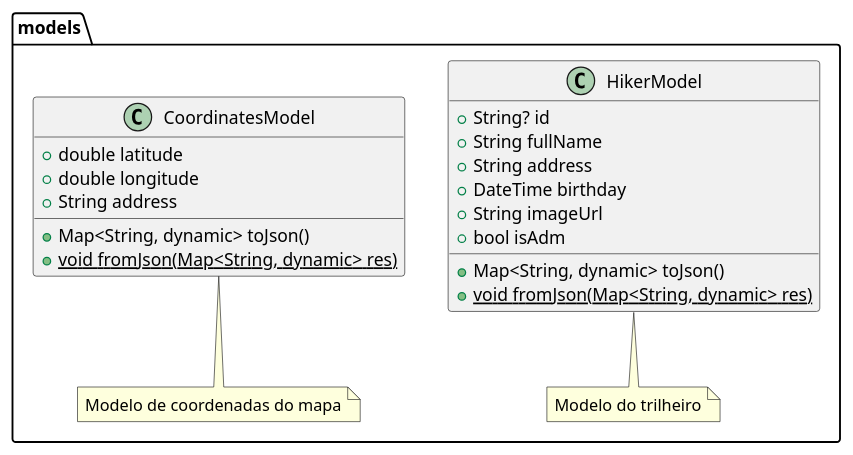
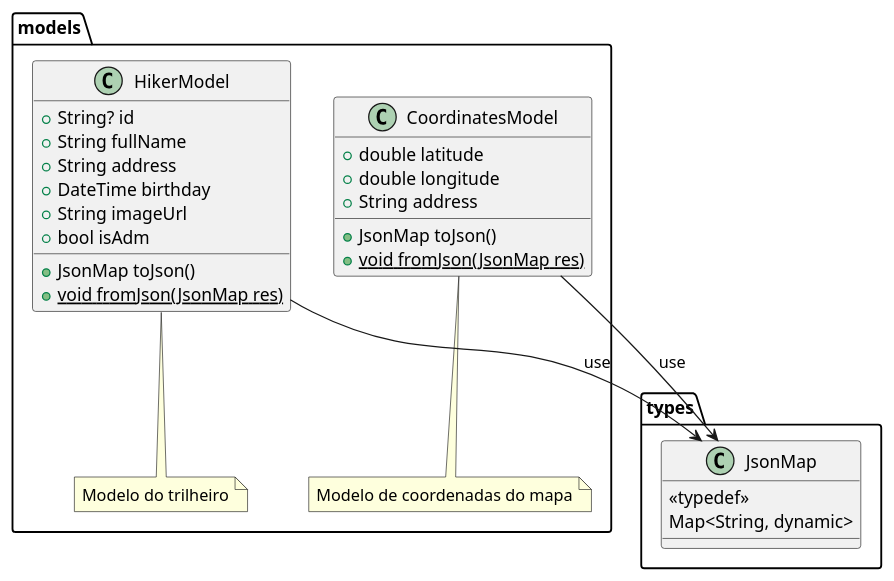
One commit to tiagors09/pe_na_pedra changed the diagram in docs/diagrams/src/pe_na_pedra_class_diagram_1.plantuml. Above: the diagram before and after it, drawn with PlantUML.

Commit message:
refactor: :sparkles: add JsonMap typedef

```diff
--- a/docs/diagrams/src/pe_na_pedra_class_diagram_1.plantuml
+++ b/docs/diagrams/src/pe_na_pedra_class_diagram_1.plantuml
@@ -1,28 +1,38 @@
 @startuml pe_na_pedra_class_diagram_1
+package types {
+  class JsonMap {
+    <<typedef>>
+    Map<String, dynamic>
+  }
+}
+
 package models {
   note "Modelo do trilheiro" as N1
   note "Modelo de coordenadas do mapa" as N2
 
   class HikerModel {
     + String? id
     + String fullName
     + String address
     + DateTime birthday
     + String imageUrl
     + bool isAdm
-    + Map<String, dynamic> toJson()
-    + {static} void fromJson(Map<String, dynamic> res)
+    + JsonMap toJson()
+    + {static} void fromJson(JsonMap res)
   }
 
   class CoordinatesModel {
     + double latitude
     + double longitude
     + String address
-    + Map<String, dynamic> toJson()
-    + {static} void fromJson(Map<String, dynamic> res)
+    + JsonMap toJson()
+    + {static} void fromJson(JsonMap res)
   }
 
   HikerModel .. N1
   CoordinatesModel .. N2
+
+  HikerModel --> JsonMap : use
+  CoordinatesModel --> JsonMap : use
 }
 @enduml
```
